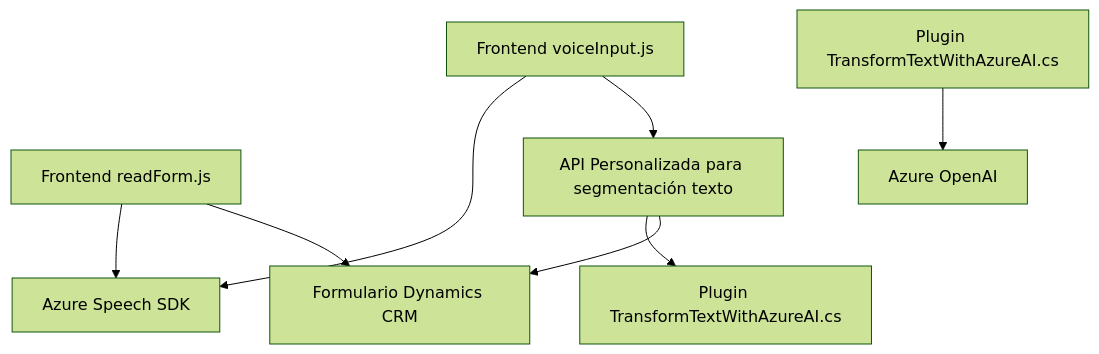
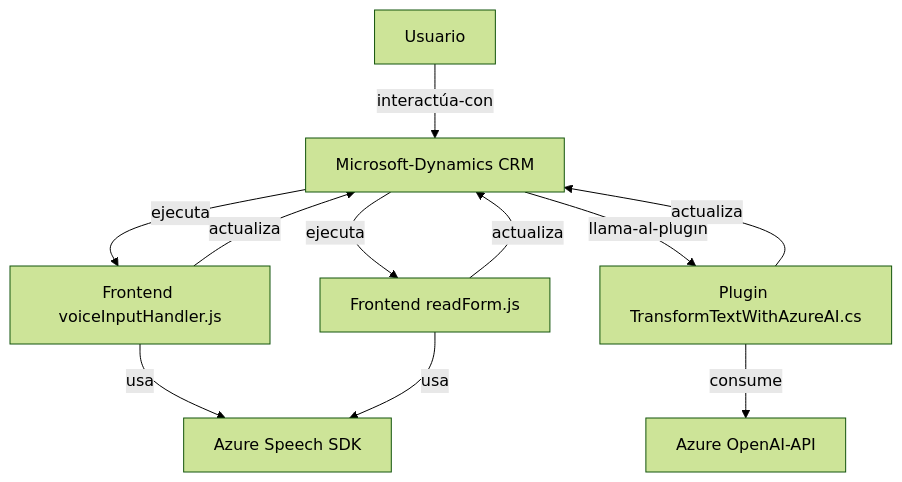
One commit to blopezdm/NETCORE_BILBAO2025 changed the diagram in README.md. Above: the diagram before and after it, drawn with Mermaid (forest theme). The commit also changed other lines of this file, not shown here.

Commit message:
Actualizar análisis global de la solución con IA

````diff
--- a/README.md
+++ b/README.md
@@ -56,10 +57,21 @@
 ```mermaid
 graph TD
-    A["Frontend readForm.js"] --> B["Azure Speech SDK"]
-    A["Frontend readForm.js"] --> C["Formulario Dynamics CRM"]
-    D["Frontend voiceInput.js"] --> B["Azure Speech SDK"]
-    D["Frontend voiceInput.js"] --> E["API Personalizada para segmentación texto"]
-    F["Plugin TransformTextWithAzureAI.cs"] --> G["Azure OpenAI"]
-    E["API Personalizada para segmentación texto"] --> H["Plugin TransformTextWithAzureAI.cs"]
-    E --> C["Formulario Dynamics CRM"]
+    A["Usuario"]
+    B["Microsoft-Dynamics CRM"]
+    C["Frontend voiceInputHandler.js"]
+    D["Frontend readForm.js"]
+    E["Plugin TransformTextWithAzureAI.cs"]
+    F["Azure Speech SDK"]
+    G["Azure OpenAI-API"]
+    
+    A --interactúa-con--> B
+    B --ejecuta--> C
+    B --ejecuta--> D
+    C --usa--> F
+    D --usa--> F
+    C --actualiza--> B
+    D --actualiza--> B
+    B --llama-al-plugin--> E
+    E --consume--> G
+    E --actualiza--> B
 ```
````
